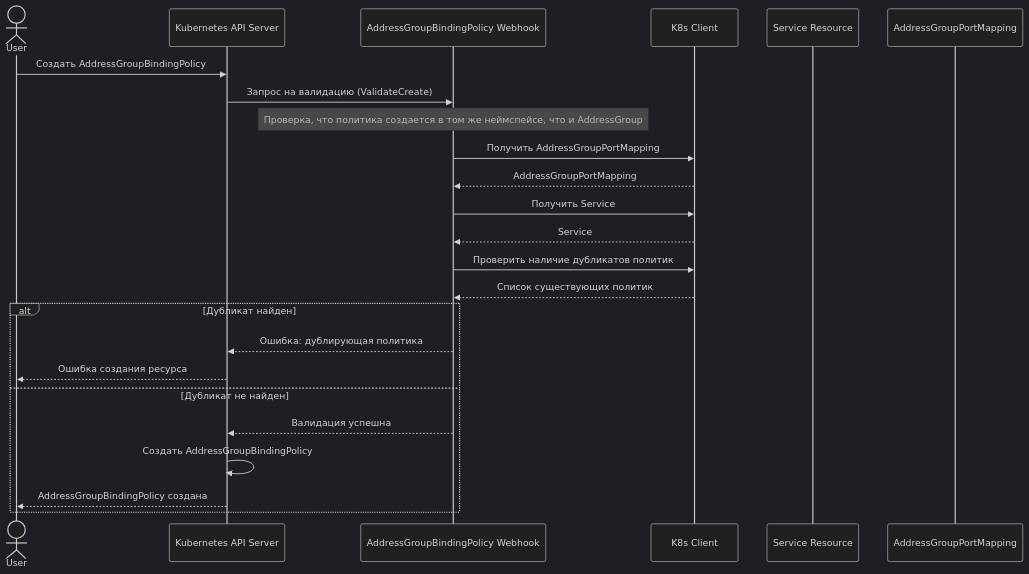
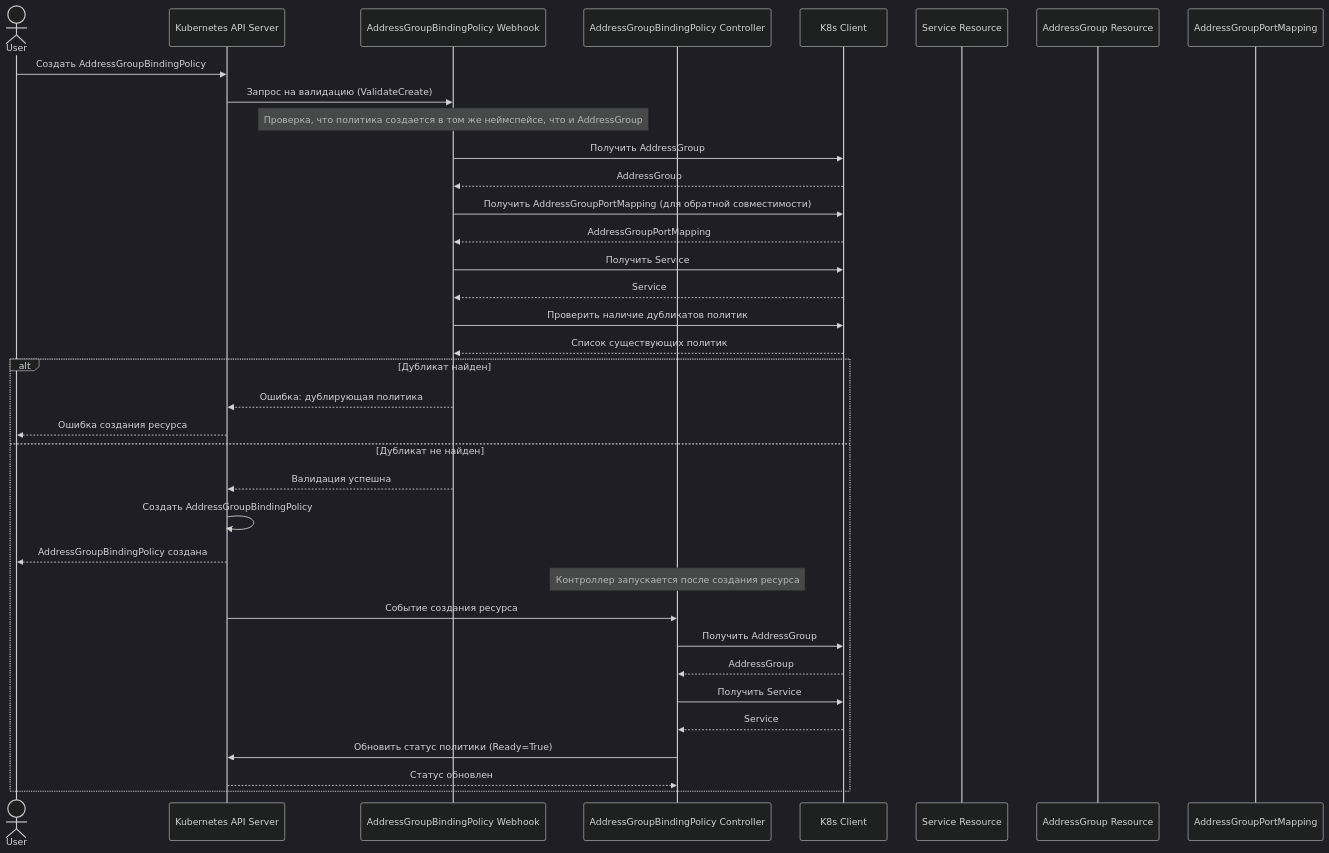
The diagram in docs/scenarios/scenario_3.md (PRO-Robotech/netguard-k8s-controller), drawn with Mermaid (dark theme) before and after one commit. The commit also changed other lines of this file and 4 other files, not shown here.

````diff
--- a/docs/scenarios/scenario_3.md
+++ b/docs/scenarios/scenario_3.md
@@ -8,32 +8,48 @@
 ```mermaid
 sequenceDiagram
     actor User
     participant API as Kubernetes API Server
     participant AGBPWebhook as AddressGroupBindingPolicy Webhook
+    participant AGBPController as AddressGroupBindingPolicy Controller
     participant Client as K8s Client
     participant Service as Service Resource
+    participant AG as AddressGroup Resource
     participant AGPM as AddressGroupPortMapping
-    
+
     User->>API: Создать AddressGroupBindingPolicy
     API->>AGBPWebhook: Запрос на валидацию (ValidateCreate)
-    
+
     Note over AGBPWebhook: Проверка, что политика создается в том же неймспейсе, что и AddressGroup
-    
-    AGBPWebhook->>Client: Получить AddressGroupPortMapping
+
+    AGBPWebhook->>Client: Получить AddressGroup
+    Client-->>AGBPWebhook: AddressGroup
+
+    AGBPWebhook->>Client: Получить AddressGroupPortMapping (для обратной совместимости)
     Client-->>AGBPWebhook: AddressGroupPortMapping
-    
+
     AGBPWebhook->>Client: Получить Service
     Client-->>AGBPWebhook: Service
-    
+
     AGBPWebhook->>Client: Проверить наличие дубликатов политик
     Client-->>AGBPWebhook: Список существующих политик
-    
+
     alt Дубликат найден
         AGBPWebhook-->>API: Ошибка: дублирующая политика
         API-->>User: Ошибка создания ресурса
     else Дубликат не найден
         AGBPWebhook-->>API: Валидация успешна
         API->>API: Создать AddressGroupBindingPolicy
         API-->>User: AddressGroupBindingPolicy создана
+
+        Note over AGBPController: Контроллер запускается после создания ресурса
+
+        API->>AGBPController: Событие создания ресурса
+        AGBPController->>Client: Получить AddressGroup
+        Client-->>AGBPController: AddressGroup
+        AGBPController->>Client: Получить Service
+        Client-->>AGBPController: Service
+
+        AGBPController->>API: Обновить статус политики (Ready=True)
+        API-->>AGBPController: Статус обновлен
     end
 ```
````
